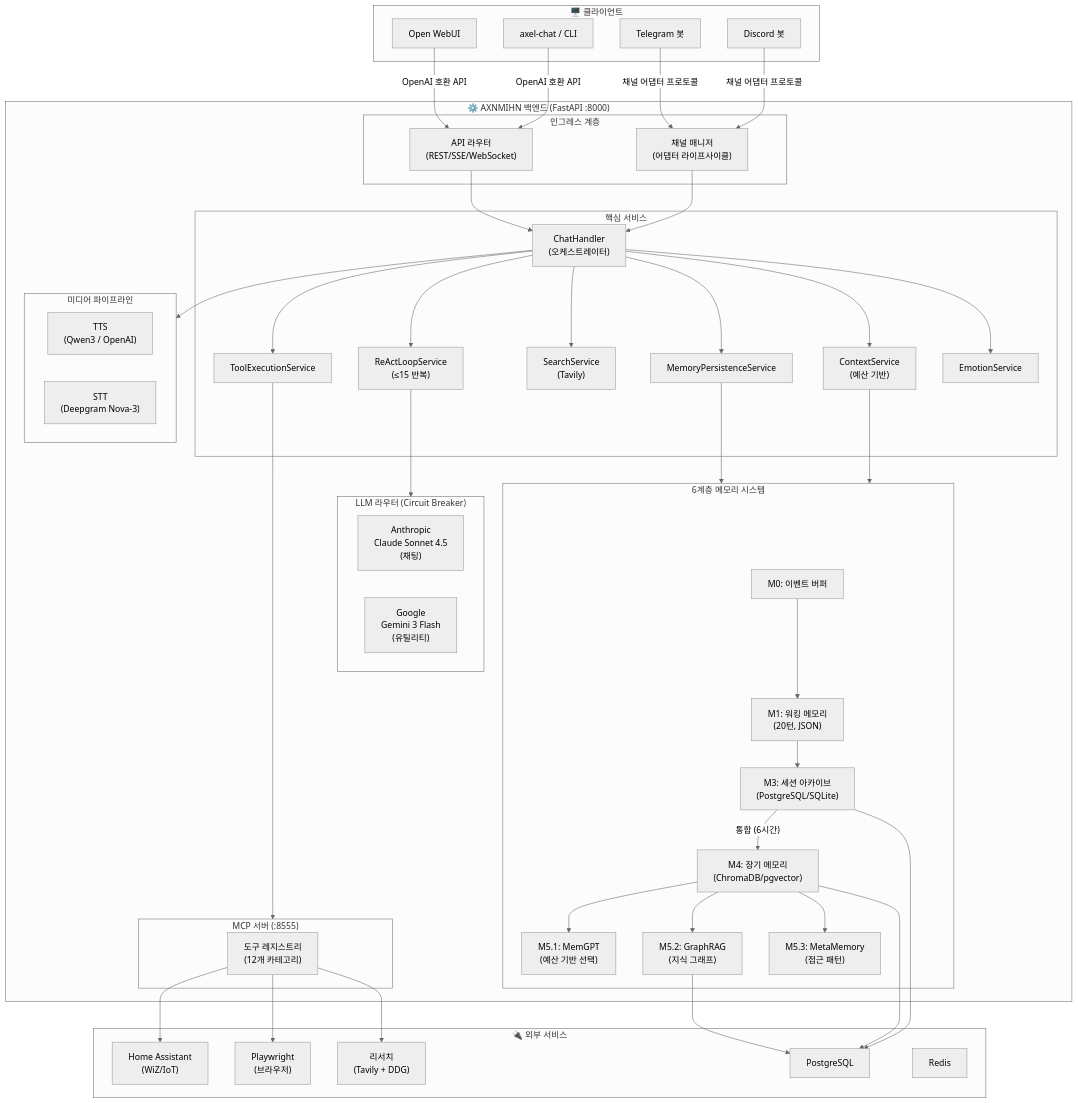
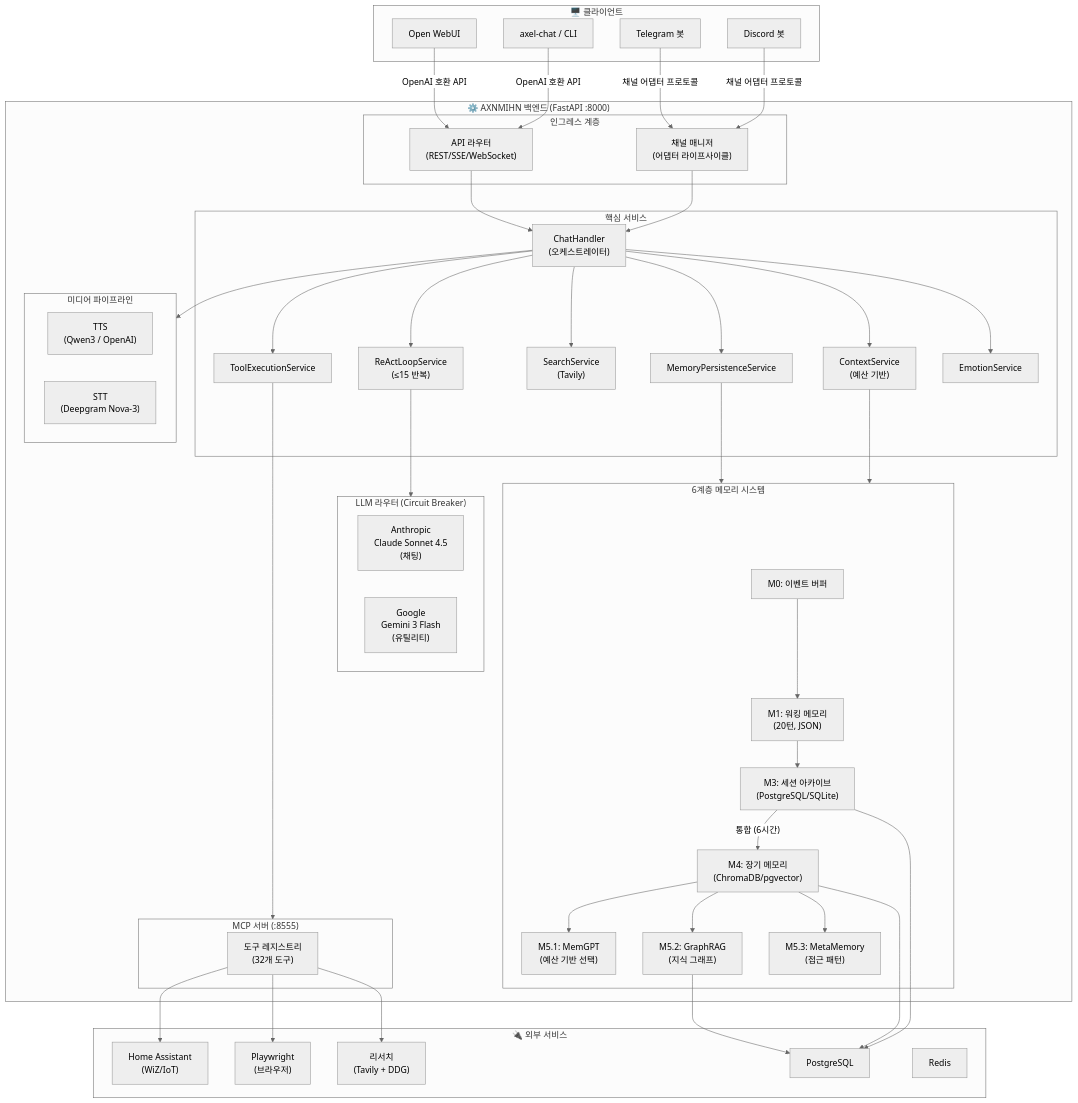
Before and after one commit to NorthProt-Inc/axel-backend: the fourth of 6 diagrams in README.md, drawn with Mermaid (neutral theme). The commit also changed other lines of this file, not shown here.

Commit message:
docs(readme): fix MCP tool count to 32 in architecture diagrams

```diff
--- a/README.md
+++ b/README.md
@@ -734,7 +734,7 @@
         end
 
         subgraph MCP["MCP 서버 (:8555)"]
-            MCPTools["도구 레지스트리<br/>(12개 카테고리)"]
+            MCPTools["도구 레지스트리<br/>(32개 도구)"]
         end
 
         subgraph Media["미디어 파이프라인"]
```
